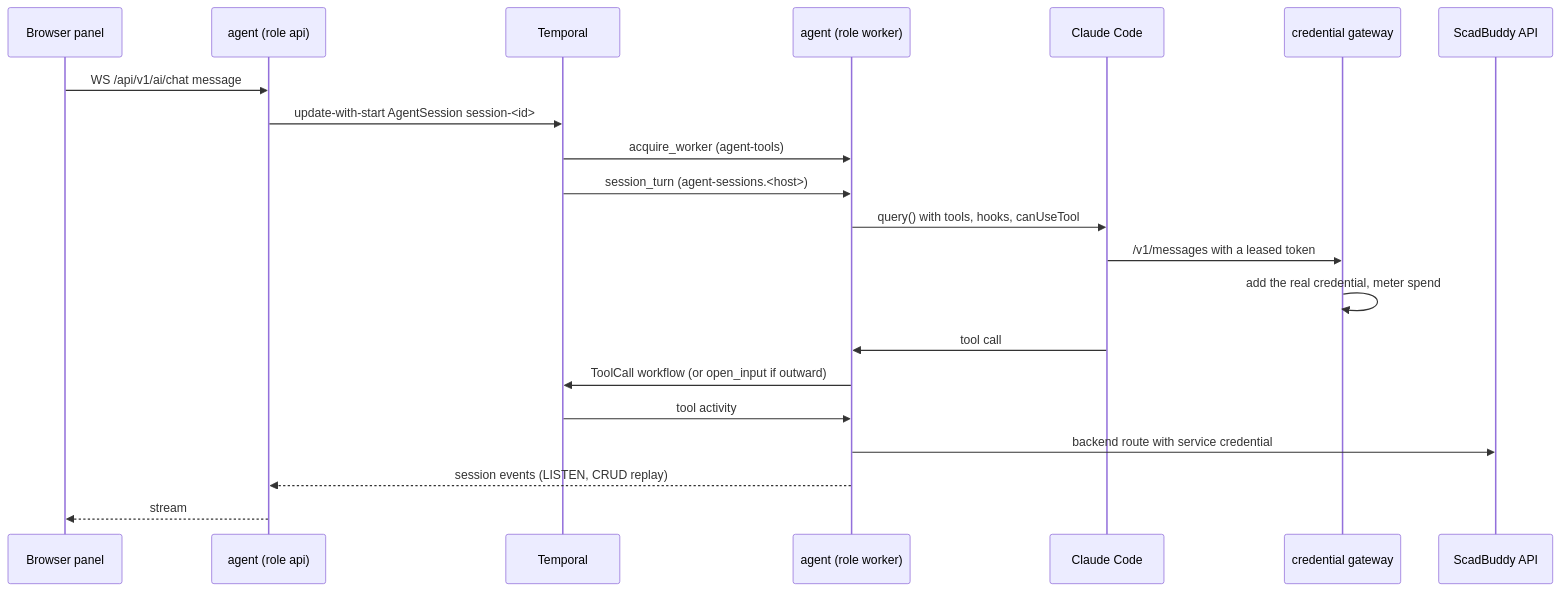
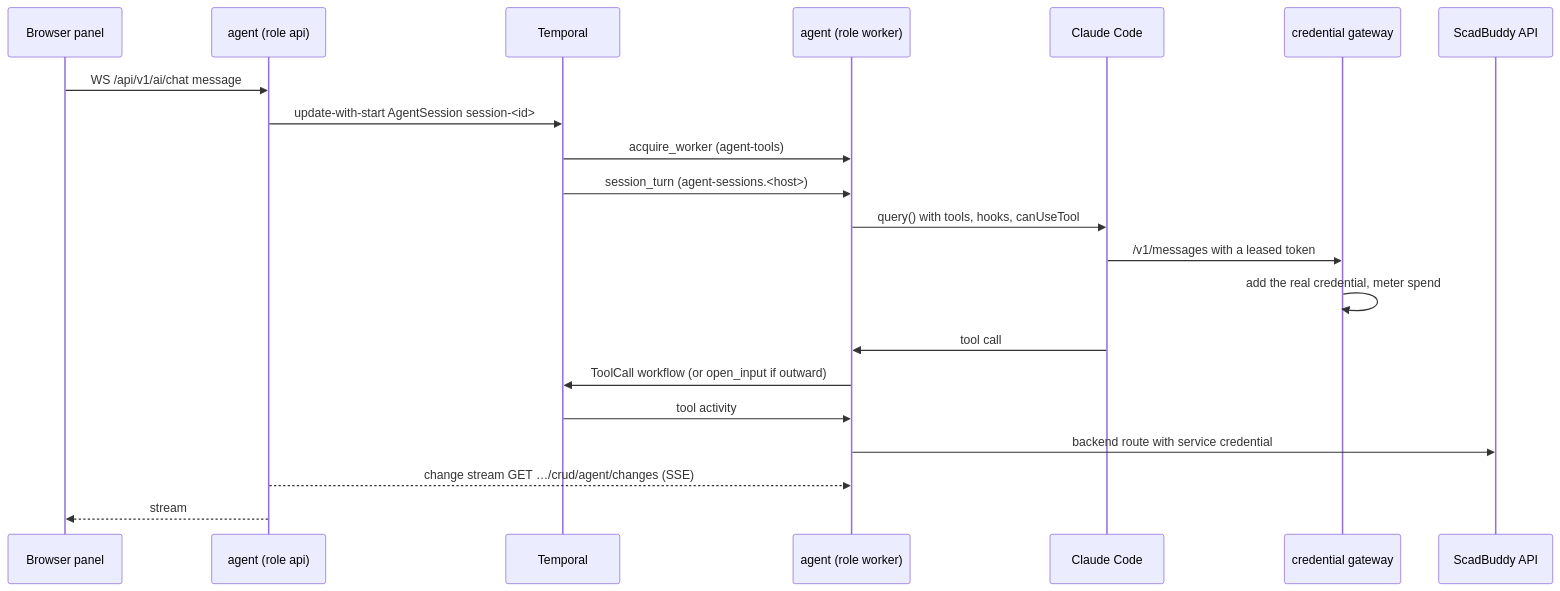
The diagram in docs/architecture/agent.md (eh-homelab/ScadBuddy), drawn with Mermaid before and after one commit. The commit also changed other lines of this file and 24 other files, not shown here.

First line of the commit message:
docs: the agent's data through CRUD, the profile-fetch worker, and citations on today's main

````diff
--- a/docs/architecture/agent.md
+++ b/docs/architecture/agent.md
@@ -135,23 +142,23 @@
 ```mermaid
 sequenceDiagram
     participant UI as Browser panel
     participant API as agent (role api)
     participant T as Temporal
     participant W as agent (role worker)
     participant CC as Claude Code
     participant GW as credential gateway
     participant BE as ScadBuddy API
     UI->>API: WS /api/v1/ai/chat message
     API->>T: update-with-start AgentSession session-<id>
     T->>W: acquire_worker (agent-tools)
     T->>W: session_turn (agent-sessions.<host>)
     W->>CC: query() with tools, hooks, canUseTool
     CC->>GW: /v1/messages with a leased token
     GW->>GW: add the real credential, meter spend
     CC->>W: tool call
     W->>T: ToolCall workflow (or open_input if outward)
     T->>W: tool activity
     W->>BE: backend route with service credential
-    W-->>API: session events (LISTEN, CRUD replay)
+    API-->>W: change stream GET …/crud/agent/changes (SSE)
     API-->>UI: stream
 ```
````
